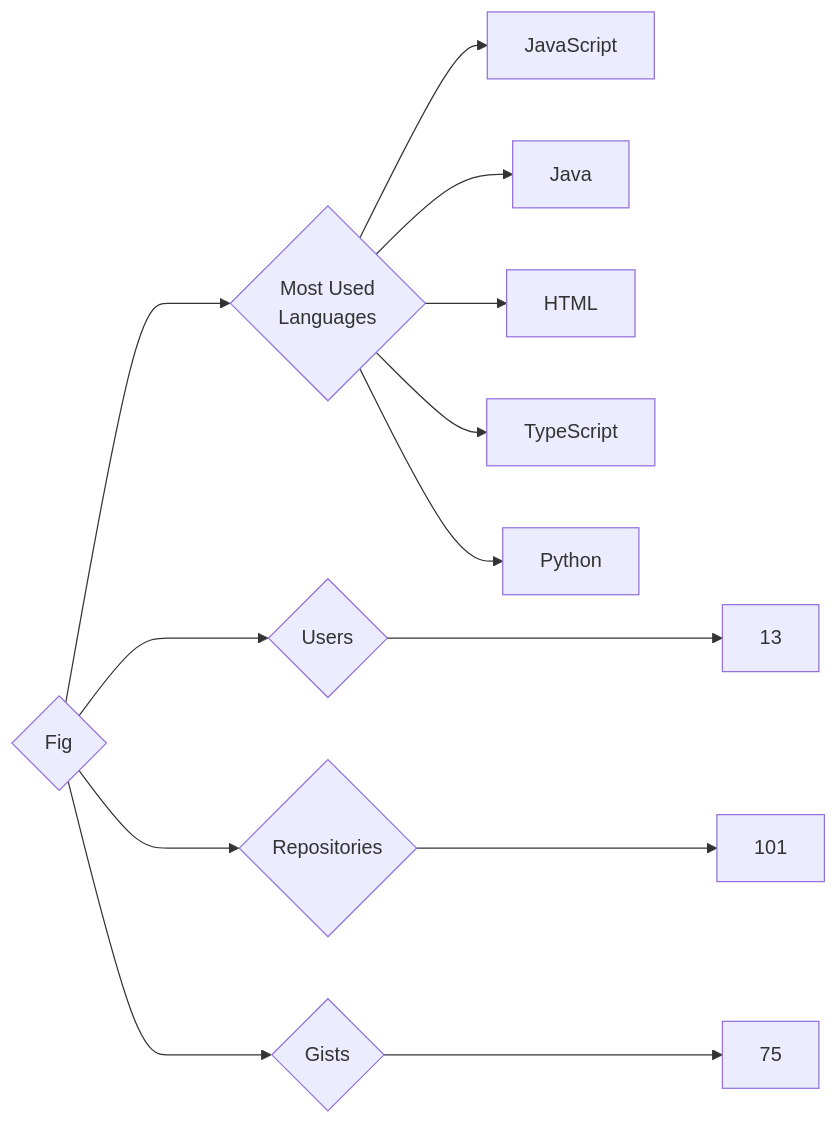
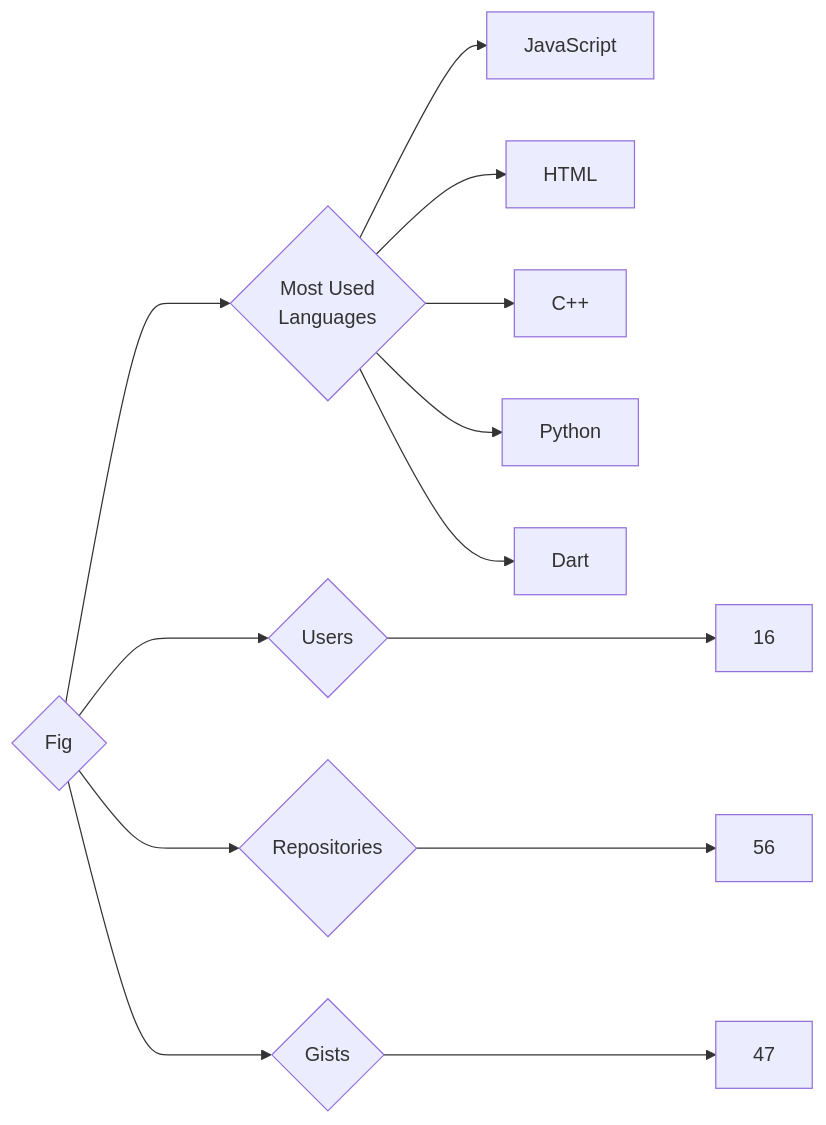
One commit to trickest/insiders changed the diagram in targets/Fig/README.md. Above: the diagram before and after it, drawn with Mermaid. The commit also changed 633 other files, not shown here.

````diff
--- a/targets/Fig/README.md
+++ b/targets/Fig/README.md
@@ -3,13 +3,13 @@
 ```mermaid
 graph LR
 COMPANY_NAME{Fig}
-COMPANY_NAME ---> U{Users} ---> UN[13]
-COMPANY_NAME ---> R{Repositories} ---> RN[101]
-COMPANY_NAME ---> G{Gists} ---> GN[75]
+COMPANY_NAME ---> U{Users} ---> UN[16]
+COMPANY_NAME ---> R{Repositories} ---> RN[56]
+COMPANY_NAME ---> G{Gists} ---> GN[47]
 COMPANY_NAME ---> ML{Most Used<br>Languages}
 ML --> JavaScript[JavaScript]
-ML --> Java[Java]
 ML --> HTML[HTML]
-ML --> TypeScript[TypeScript]
+ML --> C++[C++]
 ML --> Python[Python]
+ML --> Dart[Dart]
 ```
````
